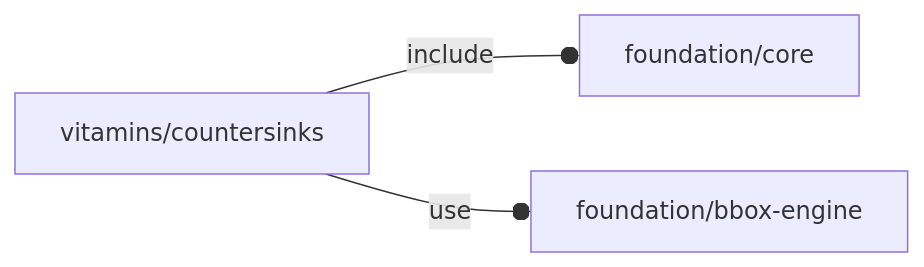
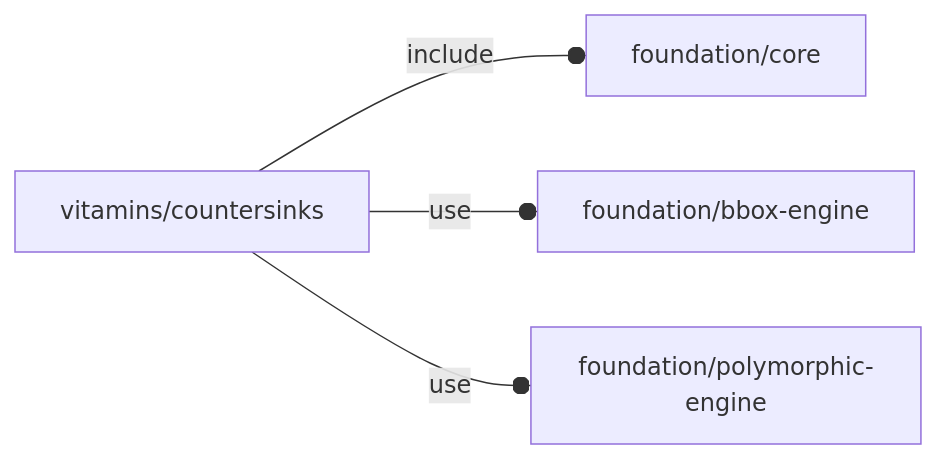
The diagram in orthodocs/vitamins/countersinks.md (ggabbiani/OFL), drawn with Mermaid before and after one commit. The commit also changed other lines of this file and 7 other files, not shown here.

````diff
--- a/orthodocs/vitamins/countersinks.md
+++ b/orthodocs/vitamins/countersinks.md
@@ -5,5 +5,6 @@
 ```mermaid
 graph LR
     A1[vitamins/countersinks] --o|include| A2[foundation/core]
     A1 --o|use| A3[foundation/bbox-engine]
+    A1 --o|use| A4[foundation/polymorphic-engine]
 ```
````
